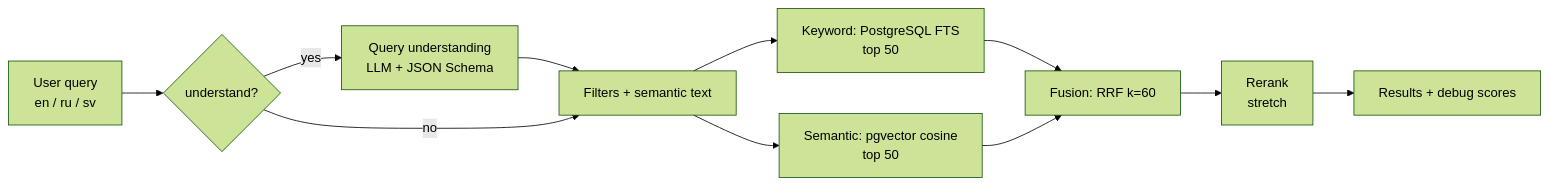
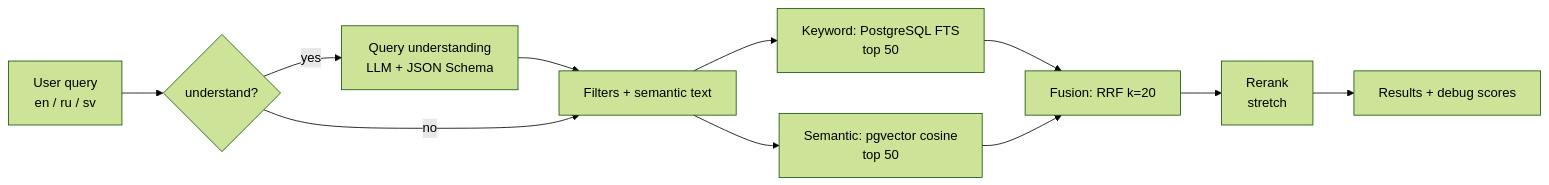
Before and after one commit to gray0072/ai-rag-film-search: the diagram in docs/spec/05-search.md, drawn with Mermaid (forest theme). The commit also changed other lines of this file and 62 other files, not shown here.

````diff
--- a/docs/spec/05-search.md
+++ b/docs/spec/05-search.md
@@ -7,13 +7,13 @@
 ```mermaid
 flowchart LR
     Q[User query<br/>en / ru / sv] --> QU{understand?}
     QU -- yes --> LLM[Query understanding<br/>LLM + JSON Schema]
     LLM --> F[Filters + semantic text]
     QU -- no --> F
     F --> KW[Keyword: PostgreSQL FTS<br/>top 50]
     F --> VEC[Semantic: pgvector cosine<br/>top 50]
-    KW --> RRF[Fusion: RRF k=60]
+    KW --> RRF[Fusion: RRF k=20]
     VEC --> RRF
     RRF --> RR[Rerank<br/>stretch]
     RR --> R[Results + debug scores]
 ```
````
